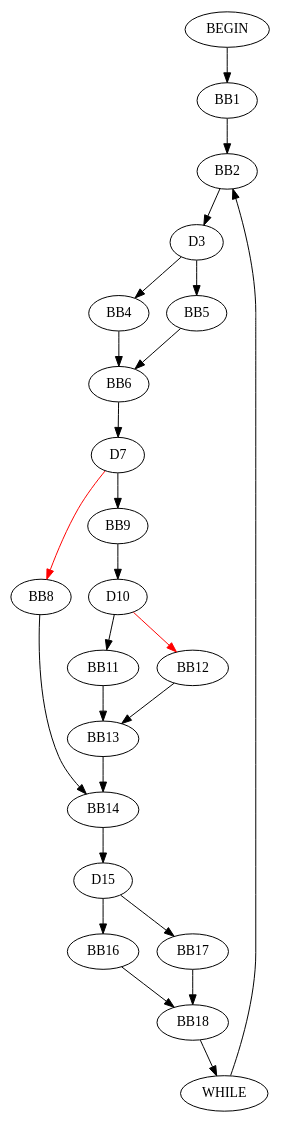
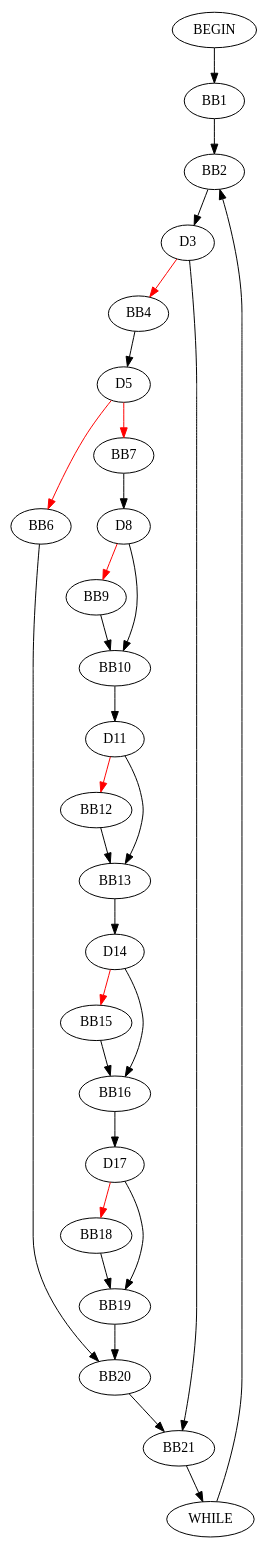
One commit to sujitkc/symtest changed the diagram in resources/cfg.dot. Above: the diagram before and after it, drawn with Graphviz. The commit also changed 20 other files, not shown here.

```diff
--- a/resources/cfg.dot
+++ b/resources/cfg.dot
@@ -1,1 +1,1 @@
-digraph G {BEGIN->BB1;BB1->BB2;WHILE->BB2;BB2->D3;D3->BB4;D3->BB5;BB4->BB6;BB5->BB6;BB6->D7;D7->BB8[color=red, pendwidth=3.0];D7->BB9;BB9->D10;D10->BB11;D10->BB12[color=red, pendwidth=3.0];BB11->BB13;BB12->BB13;BB8->BB14;BB13->BB14;BB14->D15;D15->BB16;D15->BB17;BB16->BB18;BB17->BB18;BB18->WHILE;}
+digraph G {BEGIN->BB1;BB1->BB2;WHILE->BB2;BB2->D3;D3->BB4[color=red, pendwidth=3.0];BB4->D5;D5->BB6[color=red, pendwidth=3.0];D5->BB7[color=red, pendwidth=3.0];BB7->D8;D8->BB9[color=red, pendwidth=3.0];BB9->BB10;D8->BB10;BB10->D11;D11->BB12[color=red, pendwidth=3.0];BB12->BB13;D11->BB13;BB13->D14;D14->BB15[color=red, pendwidth=3.0];BB15->BB16;D14->BB16;BB16->D17;D17->BB18[color=red, pendwidth=3.0];BB18->BB19;D17->BB19;BB6->BB20;BB19->BB20;BB20->BB21;D3->BB21;BB21->WHILE;}
```
